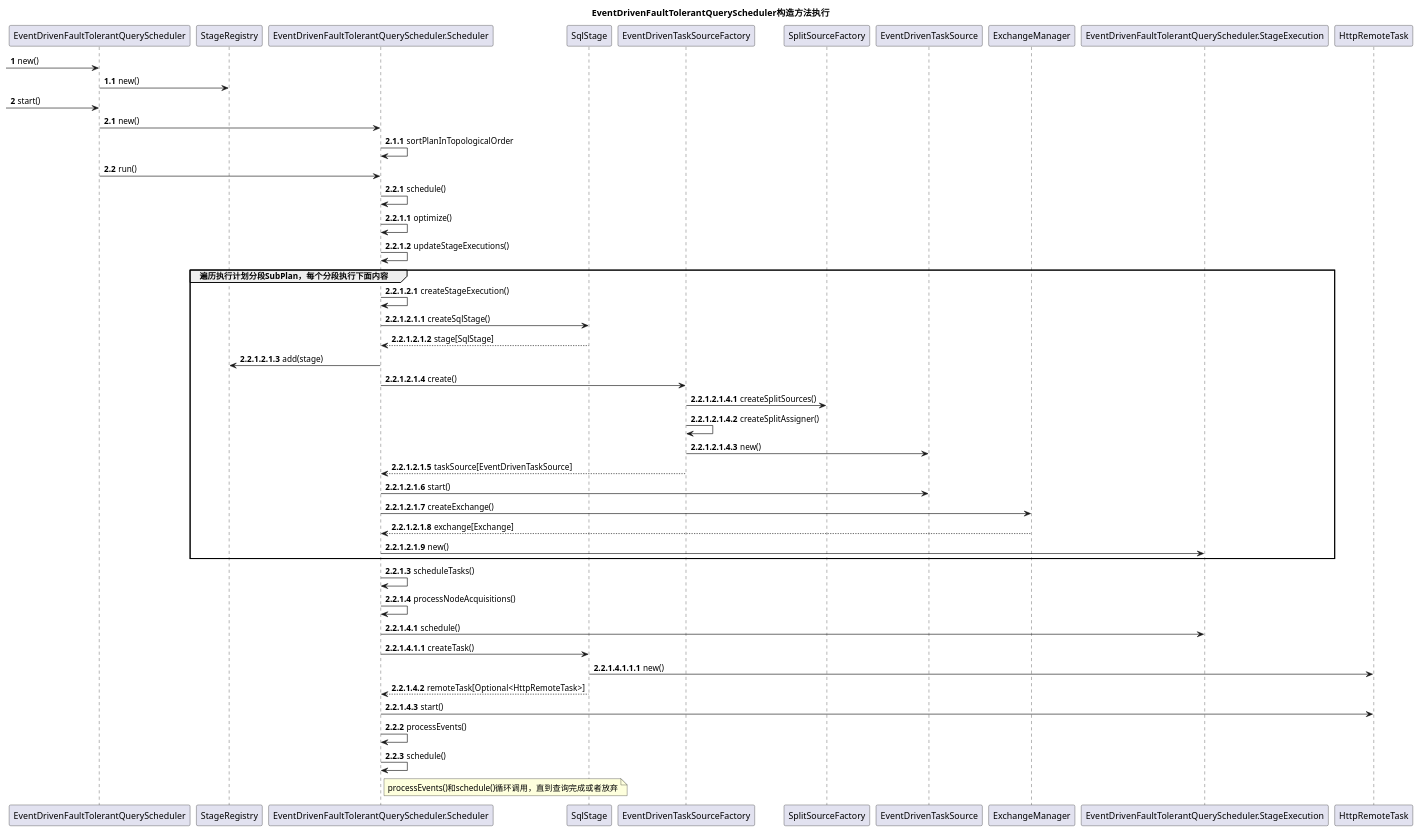
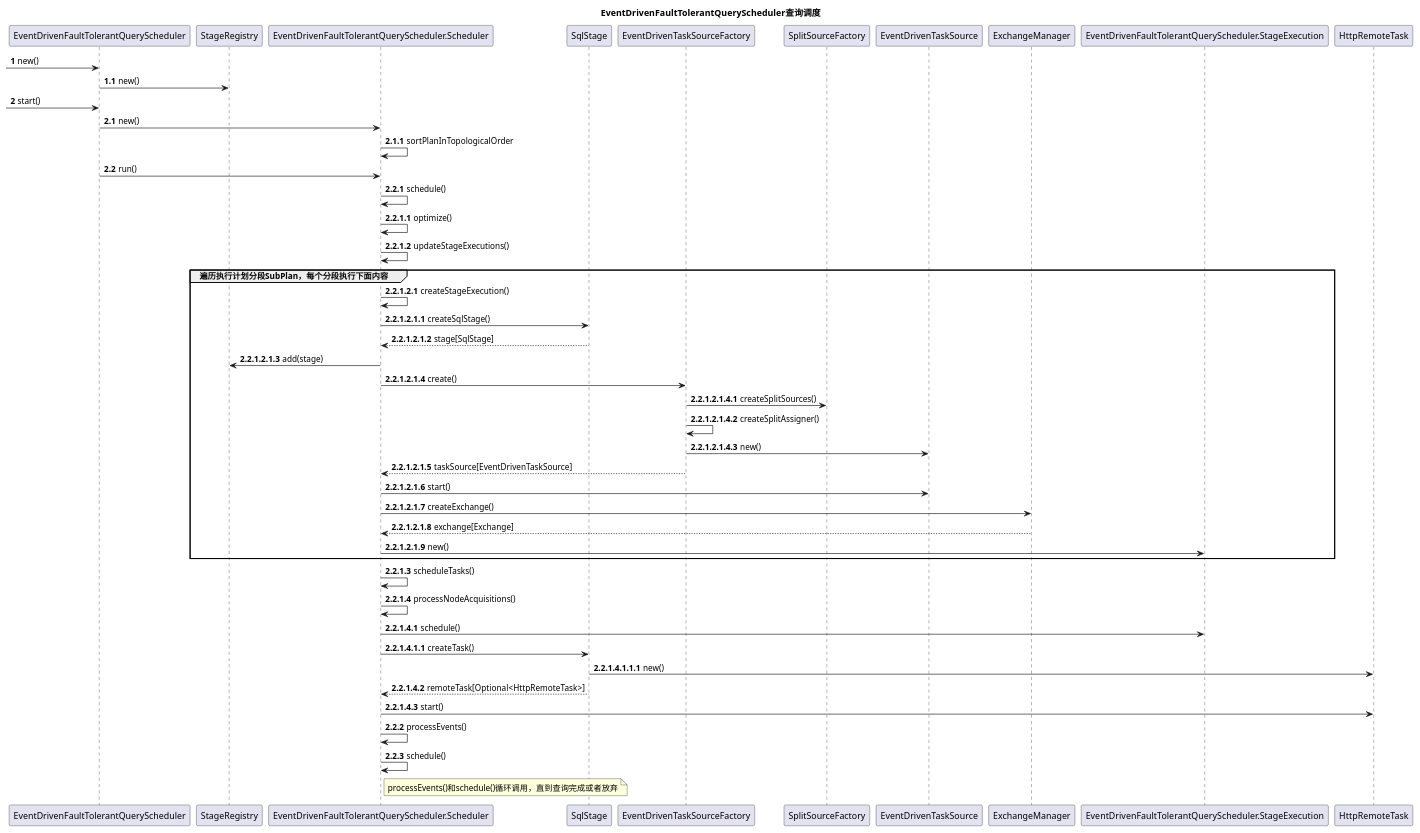
One commit to pyh8023/study changed the diagram in trino/uml/EventDrivenFaultTolerantQueryScheduler405.puml. Above: the diagram before and after it, drawn with PlantUML. The commit also changed 2 other files, not shown here.

```diff
--- a/trino/uml/EventDrivenFaultTolerantQueryScheduler405.puml
+++ b/trino/uml/EventDrivenFaultTolerantQueryScheduler405.puml
@@ -1,58 +1,58 @@
 @startuml
-title EventDrivenFaultTolerantQueryScheduler构造方法执行
+title EventDrivenFaultTolerantQueryScheduler查询调度
 autonumber
 -> EventDrivenFaultTolerantQueryScheduler: new()
 autonumber 1.1
 EventDrivenFaultTolerantQueryScheduler -> StageRegistry: new()
 
 autonumber 2
 -> EventDrivenFaultTolerantQueryScheduler: start()
 autonumber 2.1
 EventDrivenFaultTolerantQueryScheduler -> EventDrivenFaultTolerantQueryScheduler.Scheduler : new()
 autonumber 2.1.1
 EventDrivenFaultTolerantQueryScheduler.Scheduler -> EventDrivenFaultTolerantQueryScheduler.Scheduler : sortPlanInTopologicalOrder
 autonumber 2.2
 EventDrivenFaultTolerantQueryScheduler -> EventDrivenFaultTolerantQueryScheduler.Scheduler : run()
 autonumber 2.2.1
 EventDrivenFaultTolerantQueryScheduler.Scheduler -> EventDrivenFaultTolerantQueryScheduler.Scheduler : schedule()
 autonumber 2.2.1.1
 EventDrivenFaultTolerantQueryScheduler.Scheduler -> EventDrivenFaultTolerantQueryScheduler.Scheduler : optimize()
 EventDrivenFaultTolerantQueryScheduler.Scheduler -> EventDrivenFaultTolerantQueryScheduler.Scheduler : updateStageExecutions()
 autonumber 2.2.1.2.1
 group 遍历执行计划分段SubPlan，每个分段执行下面内容
     EventDrivenFaultTolerantQueryScheduler.Scheduler -> EventDrivenFaultTolerantQueryScheduler.Scheduler : createStageExecution()
     autonumber 2.2.1.2.1.1
     EventDrivenFaultTolerantQueryScheduler.Scheduler -> SqlStage : createSqlStage()
     EventDrivenFaultTolerantQueryScheduler.Scheduler <-- SqlStage : stage[SqlStage]
     EventDrivenFaultTolerantQueryScheduler.Scheduler -> StageRegistry : add(stage)
     EventDrivenFaultTolerantQueryScheduler.Scheduler -> EventDrivenTaskSourceFactory : create()
     autonumber 2.2.1.2.1.4.1
     EventDrivenTaskSourceFactory -> SplitSourceFactory : createSplitSources()
     EventDrivenTaskSourceFactory -> EventDrivenTaskSourceFactory : createSplitAssigner()
     EventDrivenTaskSourceFactory -> EventDrivenTaskSource : new()
     autonumber 2.2.1.2.1.5
     EventDrivenTaskSourceFactory --> EventDrivenFaultTolerantQueryScheduler.Scheduler : taskSource[EventDrivenTaskSource]
     EventDrivenFaultTolerantQueryScheduler.Scheduler -> EventDrivenTaskSource : start()
     EventDrivenFaultTolerantQueryScheduler.Scheduler -> ExchangeManager : createExchange()
     EventDrivenFaultTolerantQueryScheduler.Scheduler <-- ExchangeManager : exchange[Exchange]
     EventDrivenFaultTolerantQueryScheduler.Scheduler -> EventDrivenFaultTolerantQueryScheduler.StageExecution : new()
 end
 autonumber 2.2.1.3
 EventDrivenFaultTolerantQueryScheduler.Scheduler -> EventDrivenFaultTolerantQueryScheduler.Scheduler : scheduleTasks()
 EventDrivenFaultTolerantQueryScheduler.Scheduler -> EventDrivenFaultTolerantQueryScheduler.Scheduler : processNodeAcquisitions()
 autonumber 2.2.1.4.1
 EventDrivenFaultTolerantQueryScheduler.Scheduler -> EventDrivenFaultTolerantQueryScheduler.StageExecution : schedule()
 autonumber 2.2.1.4.1.1
 EventDrivenFaultTolerantQueryScheduler.Scheduler -> SqlStage : createTask()
 autonumber 2.2.1.4.1.1.1
 SqlStage -> HttpRemoteTask : new()
 autonumber 2.2.1.4.2
 EventDrivenFaultTolerantQueryScheduler.Scheduler <-- SqlStage : remoteTask[Optional<HttpRemoteTask>]
 EventDrivenFaultTolerantQueryScheduler.Scheduler -> HttpRemoteTask : start()
 autonumber 2.2.2
 EventDrivenFaultTolerantQueryScheduler.Scheduler -> EventDrivenFaultTolerantQueryScheduler.Scheduler : processEvents()
 EventDrivenFaultTolerantQueryScheduler.Scheduler -> EventDrivenFaultTolerantQueryScheduler.Scheduler : schedule()
 note right of EventDrivenFaultTolerantQueryScheduler.Scheduler
 processEvents()和schedule()循环调用，直到查询完成或者放弃
 end note
 @enduml
```
